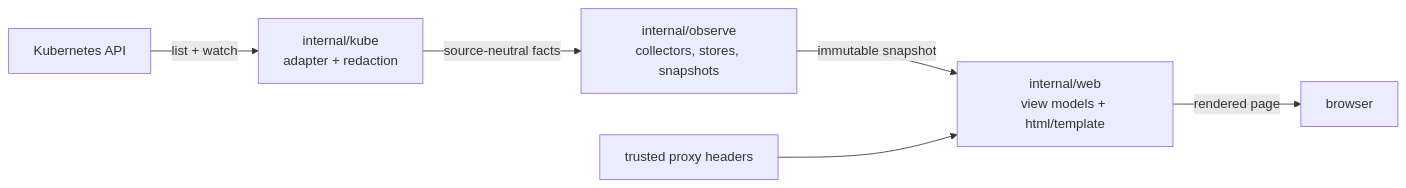
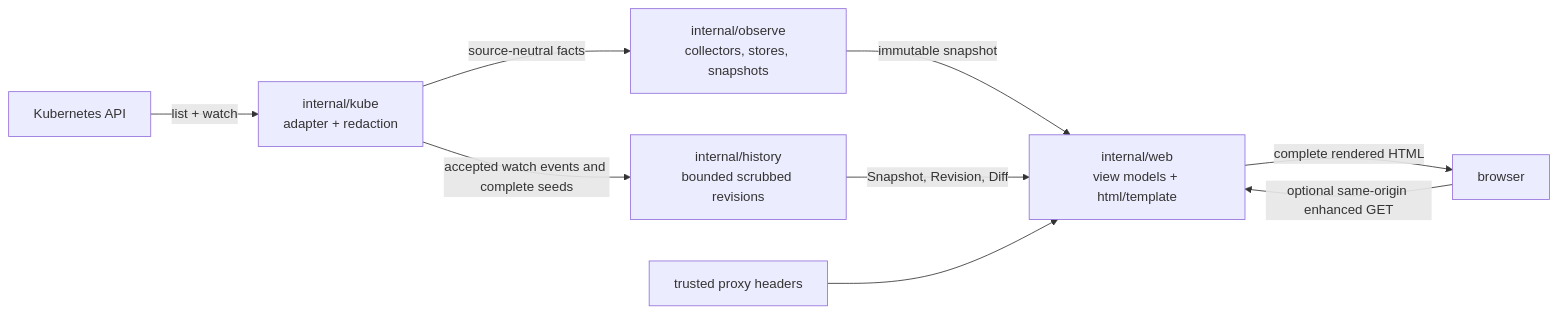
The diagram in web/docs/architecture/index.md (fyannk/pgConsole), drawn with Mermaid before and after one commit. The commit also changed other lines of this file and 179 other files, not shown here.

````diff
--- a/web/docs/architecture/index.md
+++ b/web/docs/architecture/index.md
@@ -14,8 +17,11 @@
 ```mermaid
 flowchart LR
   A[Kubernetes API] -->|list + watch| K[internal/kube<br/>adapter + redaction]
   K -->|source-neutral facts| O[internal/observe<br/>collectors, stores, snapshots]
+  K -->|accepted watch events and complete seeds| H[internal/history<br/>bounded scrubbed revisions]
   O -->|immutable snapshot| W[internal/web<br/>view models + html/template]
+  H -->|Snapshot, Revision, Diff| W
   P[trusted proxy headers] --> W
-  W -->|rendered page| U[browser]
+  W -->|complete rendered HTML| U[browser]
+  U -->|optional same-origin enhanced GET| W
 ```
````
